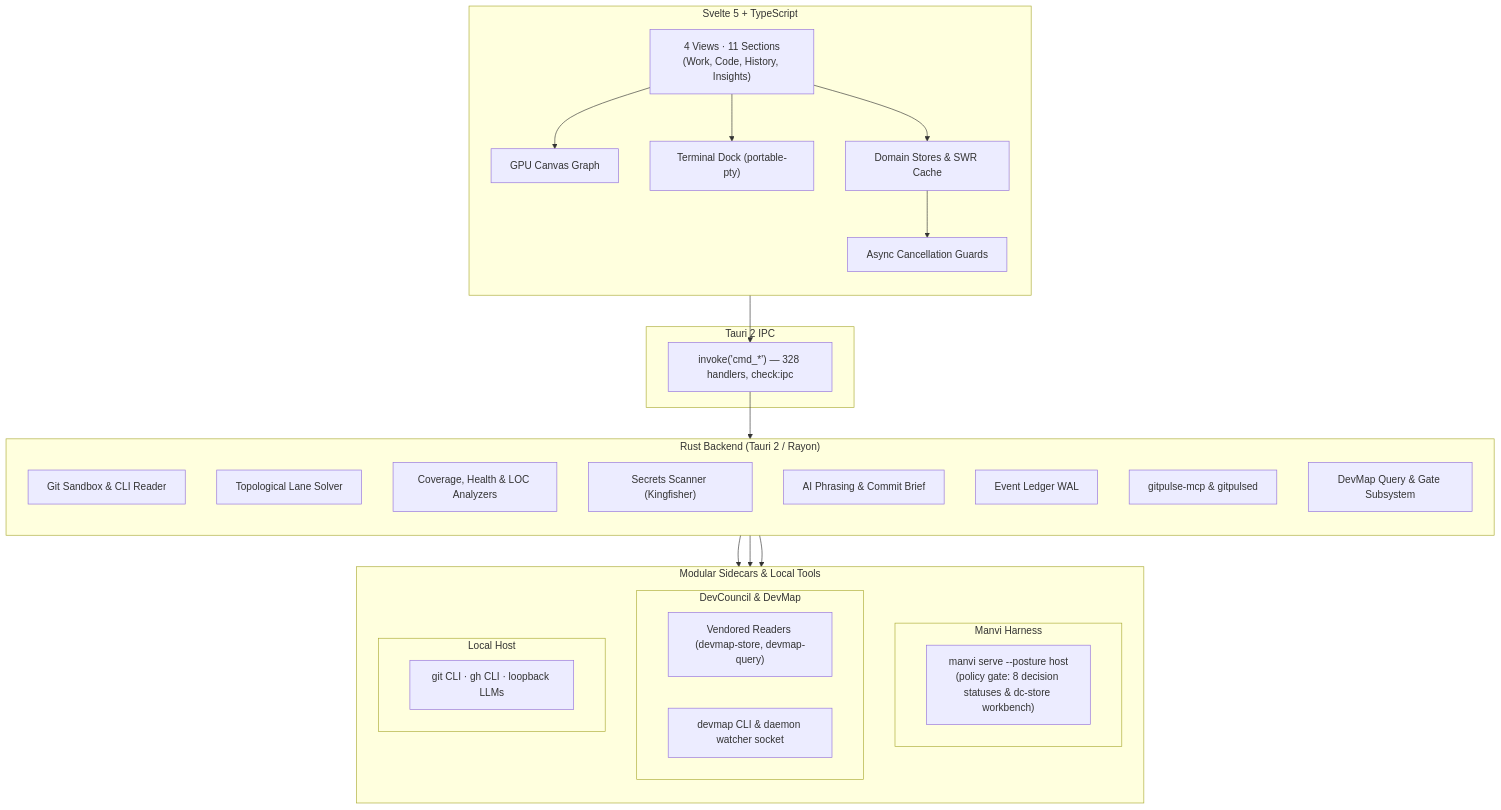
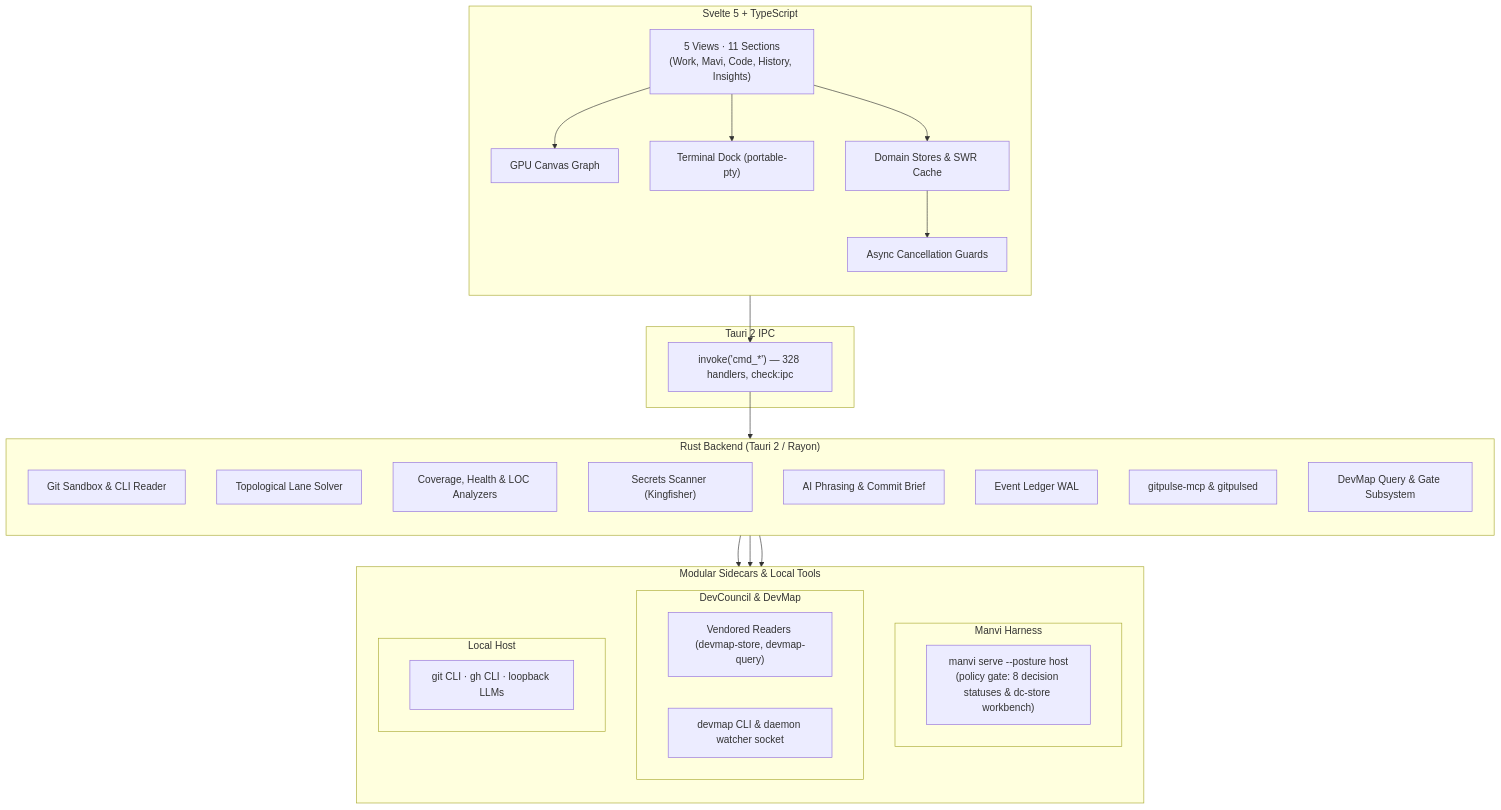
The first of 2 diagrams in wiki/Architecture.md (bharathvbcr/GitPulse), drawn with Mermaid before and after one commit. The commit also changed other lines of this file and 58 other files, not shown here.

````diff
--- a/wiki/Architecture.md
+++ b/wiki/Architecture.md
@@ -7,50 +7,50 @@
 ```mermaid
 flowchart TB
     subgraph Frontend["Svelte 5 + TypeScript"]
         direction TB
-        Views["4 Views · 11 Sections<br/>(Work, Code, History, Insights)"]
+        Views["5 Views · 11 Sections<br/>(Work, Mavi, Code, History, Insights)"]
         Canvas["GPU Canvas Graph"]
         Dock["Terminal Dock (portable-pty)"]
         Stores["Domain Stores & SWR Cache"]
         Guards["Async Cancellation Guards"]
         Views --> Canvas
         Views --> Dock
         Views --> Stores --> Guards
     end
 
     subgraph IPC["Tauri 2 IPC"]
         Bridge["invoke('cmd_*') — 328 handlers, check:ipc"]
     end
 
     subgraph Backend["Rust Backend (Tauri 2 / Rayon)"]
         direction TB
         Git["Git Sandbox & CLI Reader"]
         Graph["Topological Lane Solver"]
         Analyzers["Coverage, Health & LOC Analyzers"]
         Secrets["Secrets Scanner (Kingfisher)"]
         AI["AI Phrasing & Commit Brief"]
         Ledger["Event Ledger WAL"]
         MCP["gitpulse-mcp & gitpulsed"]
         DevMapSubsys["DevMap Query & Gate Subsystem"]
     end
 
     subgraph Integrations["Modular Sidecars & Local Tools"]
         direction TB
         subgraph ManviBox["Manvi Harness"]
             Manvi["manvi serve --posture host<br/>(policy gate: 8 decision statuses & dc-store workbench)"]
         end
         subgraph DevCouncilBox["DevCouncil & DevMap"]
             Vendored["Vendored Readers (devmap-store, devmap-query)"]
             DevMapCLI["devmap CLI & daemon watcher socket"]
         end
         subgraph LocalBox["Local Host"]
             LocalTools["git CLI · gh CLI · loopback LLMs"]
         end
     end
 
     Guards --> Bridge
     Bridge --> Backend
     Backend --> ManviBox
     Backend --> DevCouncilBox
     Backend --> LocalBox
 ```
````
